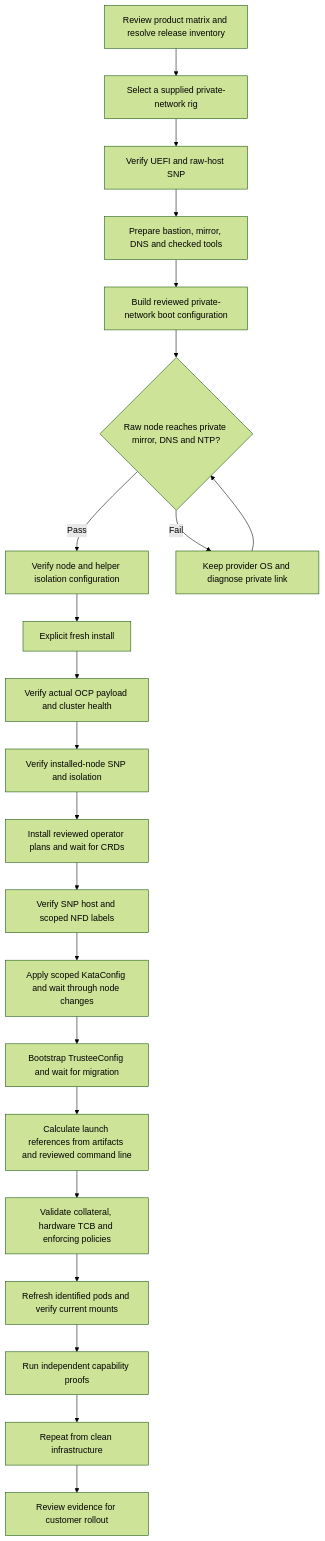
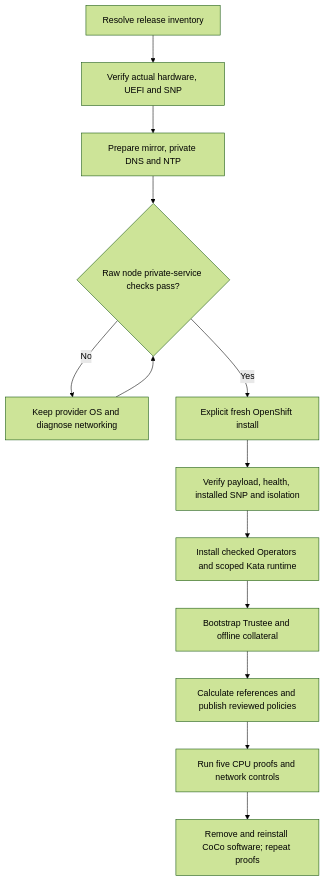
Before and after one commit to shpwrck/openshift-confidential-containers: the second of 3 diagrams in docs/architecture.md, drawn with Mermaid (forest theme). The commit also changed other lines of this file and 69 other files, not shown here.

````diff
--- a/docs/architecture.md
+++ b/docs/architecture.md
@@ -46,24 +35,15 @@
 ```mermaid
 flowchart TD
-  BOM[Review product matrix and resolve release inventory] --> Plan[Select a supplied private-network rig]
-  Plan --> Hardware[Verify UEFI and raw-host SNP]
-  Hardware --> Prepare[Prepare bastion, mirror, DNS and checked tools]
-  Prepare --> Artifacts[Build reviewed private-network boot configuration]
-  Artifacts --> Private{Raw node reaches private mirror, DNS and NTP?}
-  Private -->|Pass| Isolation[Verify node and helper isolation configuration]
-  Isolation --> Fresh[Explicit fresh install]
-  Private -->|Fail| Network[Keep provider OS and diagnose private link]
-  Network --> Private
-  Fresh --> OCP[Verify actual OCP payload and cluster health]
-  OCP --> Installed[Verify installed-node SNP and isolation]
-  Installed --> Operators[Install reviewed operator plans and wait for CRDs]
-  Operators --> SNP[Verify SNP host and scoped NFD labels]
-  SNP --> Kata[Apply scoped KataConfig and wait through node changes]
-  Kata --> Trustee[Bootstrap TrusteeConfig and wait for migration]
-  Trustee --> References[Calculate launch references from artifacts and reviewed command line]
-  References --> Policy[Validate collateral, hardware TCB and enforcing policies]
-  Policy --> Serving[Refresh identified pods and verify current mounts]
-  Serving --> Proof[Run independent capability proofs]
-  Proof --> Repeat[Repeat from clean infrastructure]
-  Repeat --> Customer[Review evidence for customer rollout]
+  Inventory[Resolve release inventory] --> Hardware[Verify actual hardware, UEFI and SNP]
+  Hardware --> Helper[Prepare mirror, private DNS and NTP]
+  Helper --> Link{Raw node private-service checks pass?}
+  Link -->|No| Diagnose[Keep provider OS and diagnose networking]
+  Diagnose --> Link
+  Link -->|Yes| Install[Explicit fresh OpenShift install]
+  Install --> Platform[Verify payload, health, installed SNP and isolation]
+  Platform --> Operators[Install checked Operators and scoped Kata runtime]
+  Operators --> Trustee[Bootstrap Trustee and offline collateral]
+  Trustee --> Policy[Calculate references and publish reviewed policies]
+  Policy --> Proof[Run five CPU proofs and network controls]
+  Proof --> Repeat[Remove and reinstall CoCo software; repeat proofs]
 ```
````
